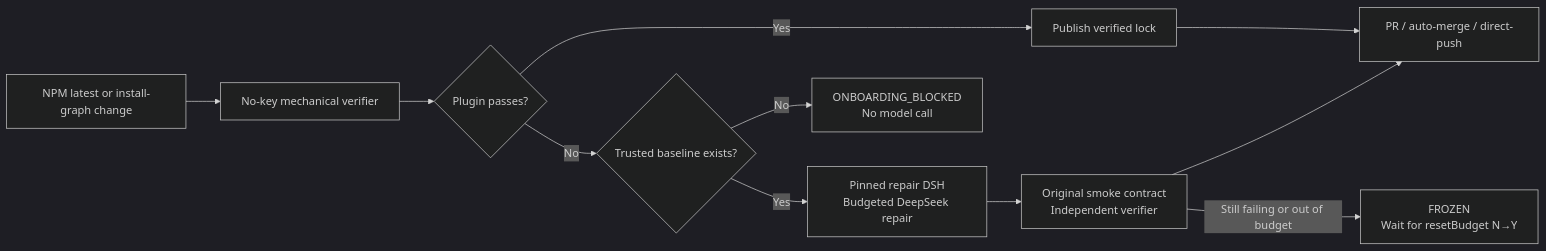
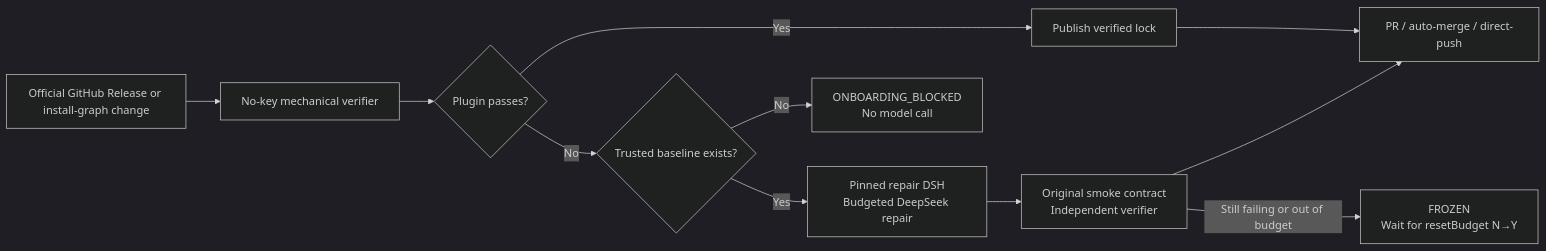
One commit to LCYLYM/dsh-plugin-compat-guardian changed the diagram in README.en.md. Above: the diagram before and after it, drawn with Mermaid (dark theme). The commit also changed other lines of this file and 23 other files, not shown here.

First line of the commit message:
feat(watch): track official DSH GitHub releases

````diff
--- a/README.en.md
+++ b/README.en.md
@@ -54,13 +54,13 @@
 ```mermaid
 flowchart LR
-  A[NPM latest or install-graph change] --> B[No-key mechanical verifier]
+  A[Official GitHub Release or install-graph change] --> B[No-key mechanical verifier]
   B --> C{Plugin passes?}
   C -- Yes --> D[Publish verified lock]
   D --> E[PR / auto-merge / direct-push]
   C -- No --> F{Trusted baseline exists?}
   F -- No --> G[ONBOARDING_BLOCKED<br/>No model call]
   F -- Yes --> H[Pinned repair DSH<br/>Budgeted DeepSeek repair]
   H --> I[Original smoke contract<br/>Independent verifier]
   I --> E
   I -- Still failing or out of budget --> J[FROZEN<br/>Wait for resetBudget N→Y]
 ```
````
